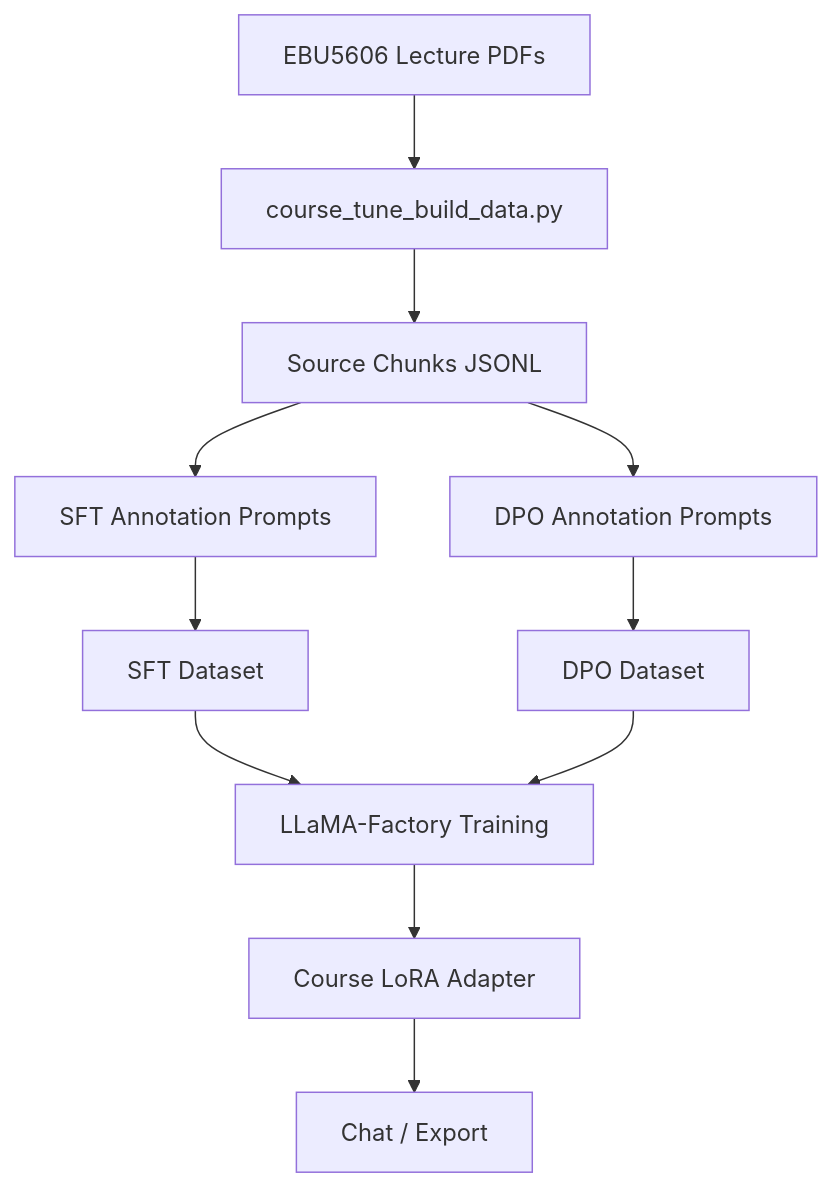
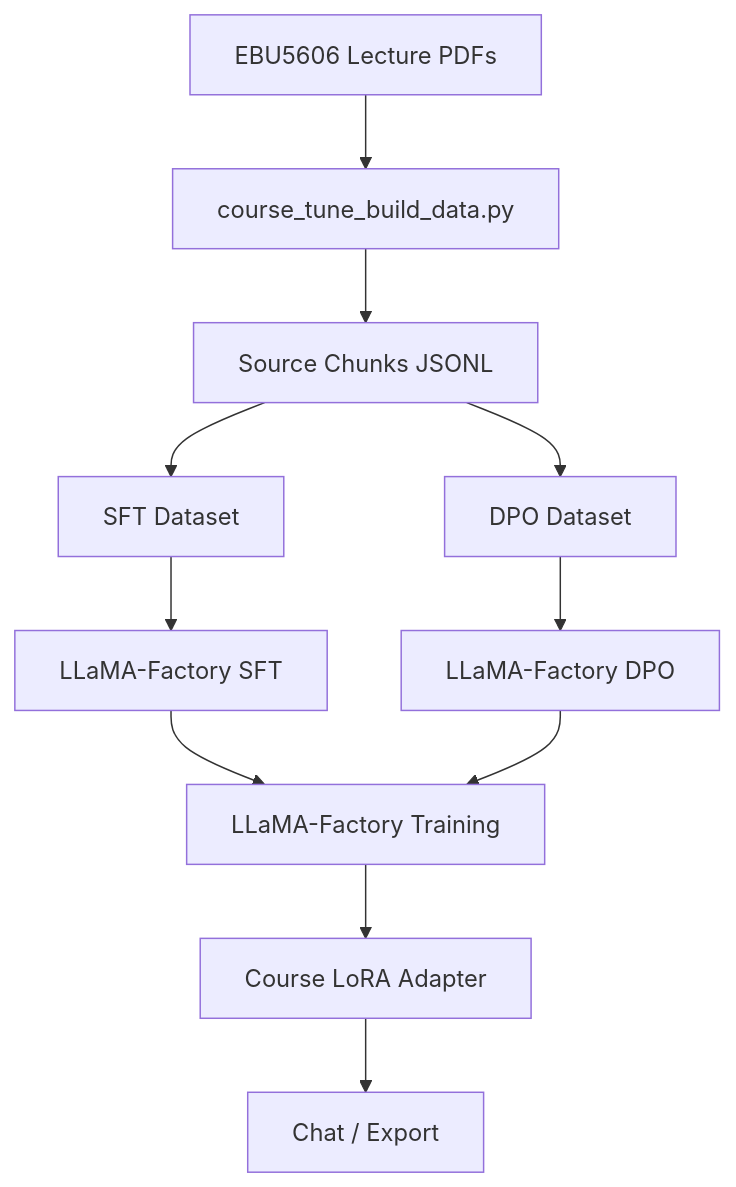
The diagram in README.md (GuMiShDo666/coursetune), drawn with Mermaid before and after one commit. The commit also changed other lines of this file and 12 other files, not shown here.

````diff
--- a/README.md
+++ b/README.md
@@ -99,13 +155,13 @@
 ```mermaid
 graph TD
     A[EBU5606 Lecture PDFs] --> B[course_tune_build_data.py]
     B --> C[Source Chunks JSONL]
-    C --> D[SFT Annotation Prompts]
-    C --> E[DPO Annotation Prompts]
-    D --> F[SFT Dataset]
-    E --> G[DPO Dataset]
+    C --> D[SFT Dataset]
+    C --> E[DPO Dataset]
+    D --> F[LLaMA-Factory SFT]
+    E --> G[LLaMA-Factory DPO]
     F --> H[LLaMA-Factory Training]
     G --> H
     H --> I[Course LoRA Adapter]
     I --> J[Chat / Export]
 ```
````
